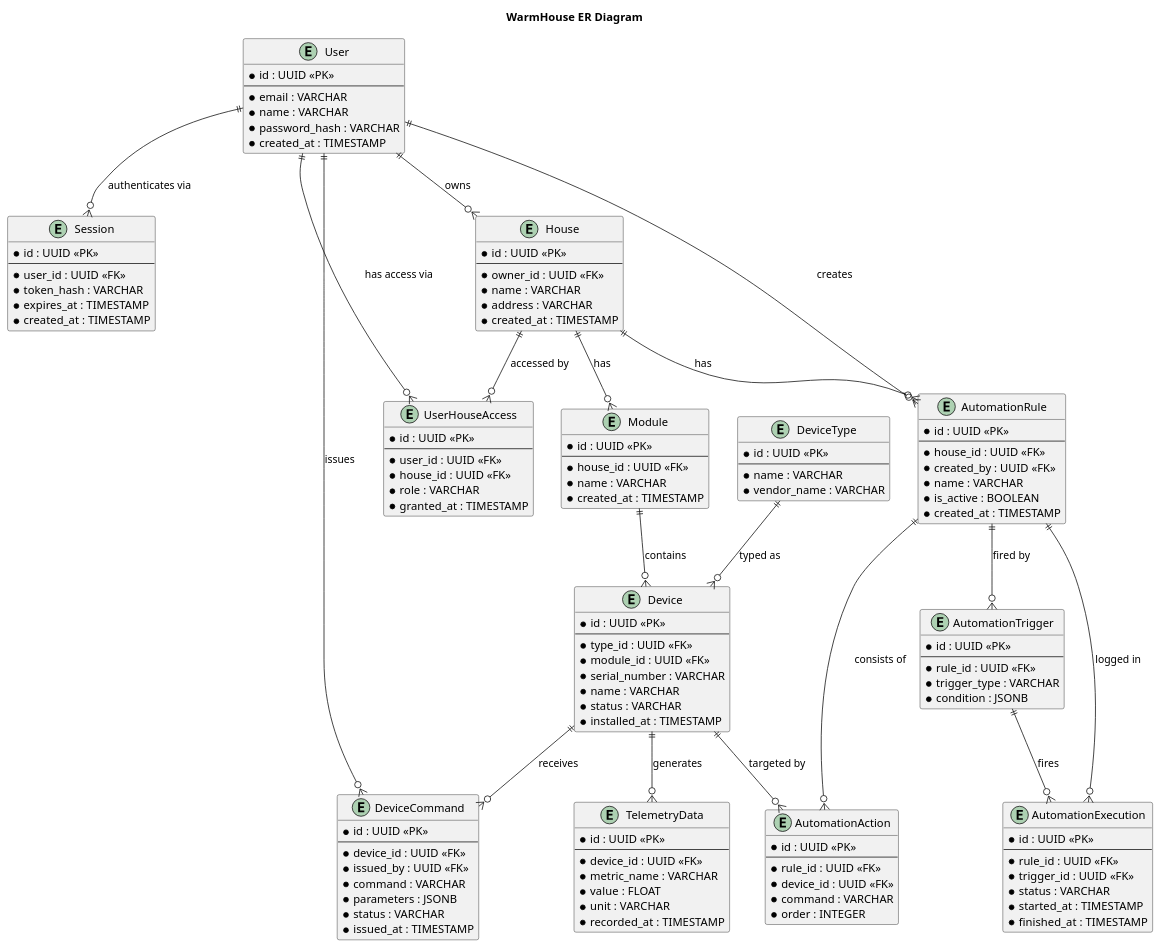
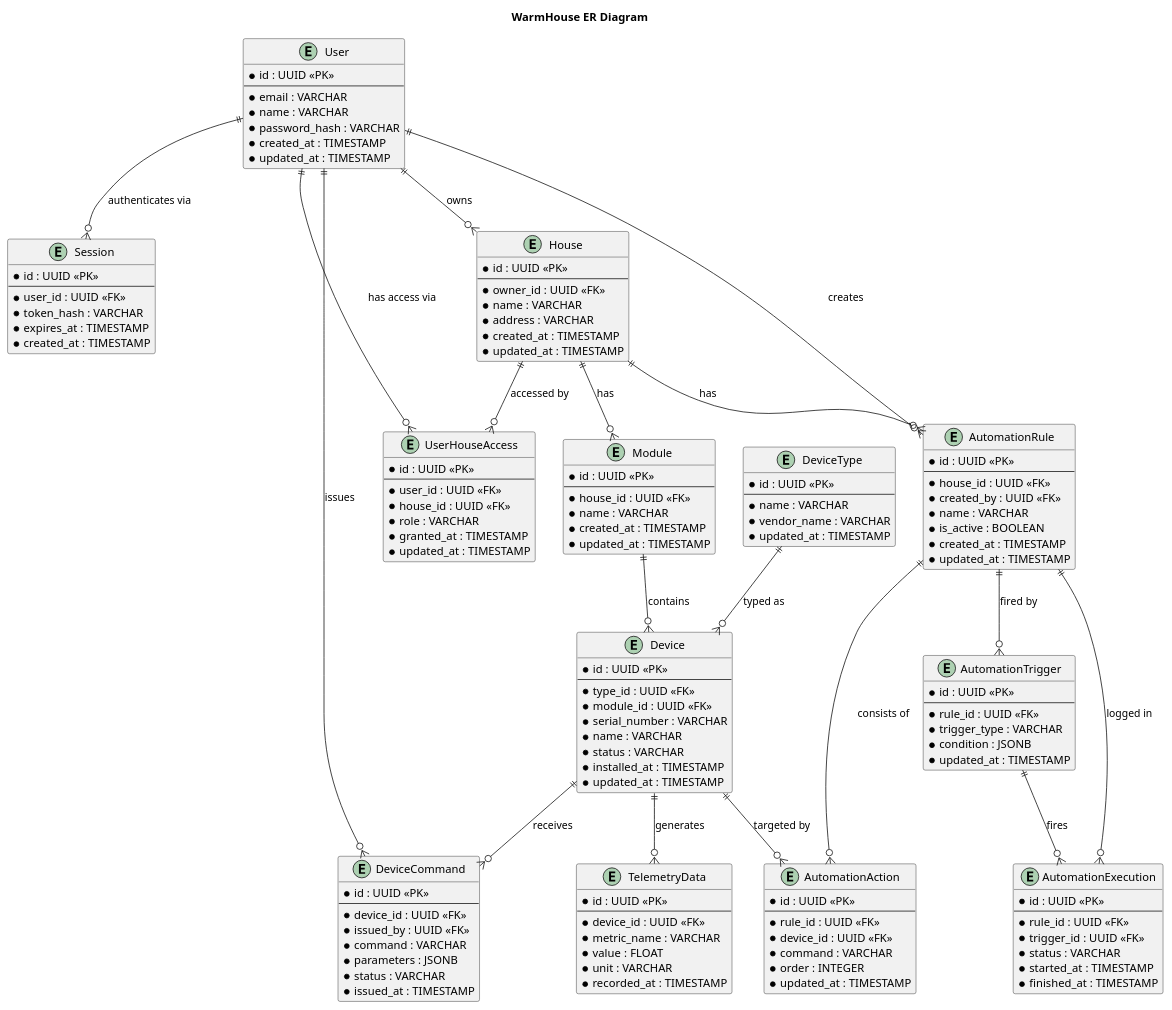
The diagram in diagrams/er.puml (eugene-milostivenko/arch_01), drawn with PlantUML before and after one commit.

Commit message:
improve er

```diff
--- a/diagrams/er.puml
+++ b/diagrams/er.puml
@@ -1,147 +1,156 @@
 @startuml
 title WarmHouse ER Diagram
 
 ' ── User Management ───────────────────────────────────────────────────────────
 entity "User" as user {
   * id : UUID <<PK>>
   --
   * email : VARCHAR
   * name : VARCHAR
   * password_hash : VARCHAR
   * created_at : TIMESTAMP
+  * updated_at : TIMESTAMP
 }
 
 entity "Session" as session {
   * id : UUID <<PK>>
   --
   * user_id : UUID <<FK>>
   * token_hash : VARCHAR
   * expires_at : TIMESTAMP
   * created_at : TIMESTAMP
 }
 
 ' ── Device Management ─────────────────────────────────────────────────────────
 entity "House" as house {
   * id : UUID <<PK>>
   --
   * owner_id : UUID <<FK>>
   * name : VARCHAR
   * address : VARCHAR
   * created_at : TIMESTAMP
+  * updated_at : TIMESTAMP
 }
 
 entity "UserHouseAccess" as house_access {
   * id : UUID <<PK>>
   --
   * user_id : UUID <<FK>>
   * house_id : UUID <<FK>>
   * role : VARCHAR
   * granted_at : TIMESTAMP
+  * updated_at : TIMESTAMP
 }
 
 entity "DeviceType" as device_type {
   * id : UUID <<PK>>
   --
   * name : VARCHAR
   * vendor_name : VARCHAR
+  * updated_at : TIMESTAMP
 }
 
 entity "Module" as module {
   * id : UUID <<PK>>
   --
   * house_id : UUID <<FK>>
   * name : VARCHAR
   * created_at : TIMESTAMP
+  * updated_at : TIMESTAMP
 }
 
 entity "Device" as device {
   * id : UUID <<PK>>
   --
   * type_id : UUID <<FK>>
   * module_id : UUID <<FK>>
   * serial_number : VARCHAR
   * name : VARCHAR
   * status : VARCHAR
   * installed_at : TIMESTAMP
+  * updated_at : TIMESTAMP
 }
 
 entity "DeviceCommand" as command {
   * id : UUID <<PK>>
   --
   * device_id : UUID <<FK>>
   * issued_by : UUID <<FK>>
   * command : VARCHAR
   * parameters : JSONB
   * status : VARCHAR
   * issued_at : TIMESTAMP
 }
 
 ' ── Telemetry ─────────────────────────────────────────────────────────────────
 entity "TelemetryData" as telemetry {
   * id : UUID <<PK>>
   --
   * device_id : UUID <<FK>>
   * metric_name : VARCHAR
   * value : FLOAT
   * unit : VARCHAR
   * recorded_at : TIMESTAMP
 }
 
 ' ── Automation ────────────────────────────────────────────────────────────────
 entity "AutomationRule" as rule {
   * id : UUID <<PK>>
   --
   * house_id : UUID <<FK>>
   * created_by : UUID <<FK>>
   * name : VARCHAR
   * is_active : BOOLEAN
   * created_at : TIMESTAMP
+  * updated_at : TIMESTAMP
 }
 
 entity "AutomationTrigger" as trigger {
   * id : UUID <<PK>>
   --
   * rule_id : UUID <<FK>>
   * trigger_type : VARCHAR
   * condition : JSONB
+  * updated_at : TIMESTAMP
 }
 
 entity "AutomationAction" as action {
   * id : UUID <<PK>>
   --
   * rule_id : UUID <<FK>>
   * device_id : UUID <<FK>>
   * command : VARCHAR
   * order : INTEGER
+  * updated_at : TIMESTAMP
 }
 
 entity "AutomationExecution" as execution {
   * id : UUID <<PK>>
   --
   * rule_id : UUID <<FK>>
   * trigger_id : UUID <<FK>>
   * status : VARCHAR
   * started_at : TIMESTAMP
   * finished_at : TIMESTAMP
 }
 
 ' ── Relations ─────────────────────────────────────────────────────────────────
 user        ||--o{ session      : "authenticates via"
 user        ||--o{ house        : "owns"
 user        ||--o{ house_access : "has access via"
 house       ||--o{ house_access : "accessed by"
 house       ||--o{ module    : "has"
 module      ||--o{ device    : "contains"
 house       ||--o{ rule      : "has"
 user        ||--o{ rule      : "creates"
 device_type ||--o{ device    : "typed as"
 device      ||--o{ telemetry : "generates"
 device      ||--o{ command   : "receives"
 rule        ||--o{ trigger   : "fired by"
 rule        ||--o{ action    : "consists of"
 rule        ||--o{ execution : "logged in"
 trigger     ||--o{ execution : "fires"
 device      ||--o{ action    : "targeted by"
 user        ||--o{ command   : "issues"
 
 @enduml
```
